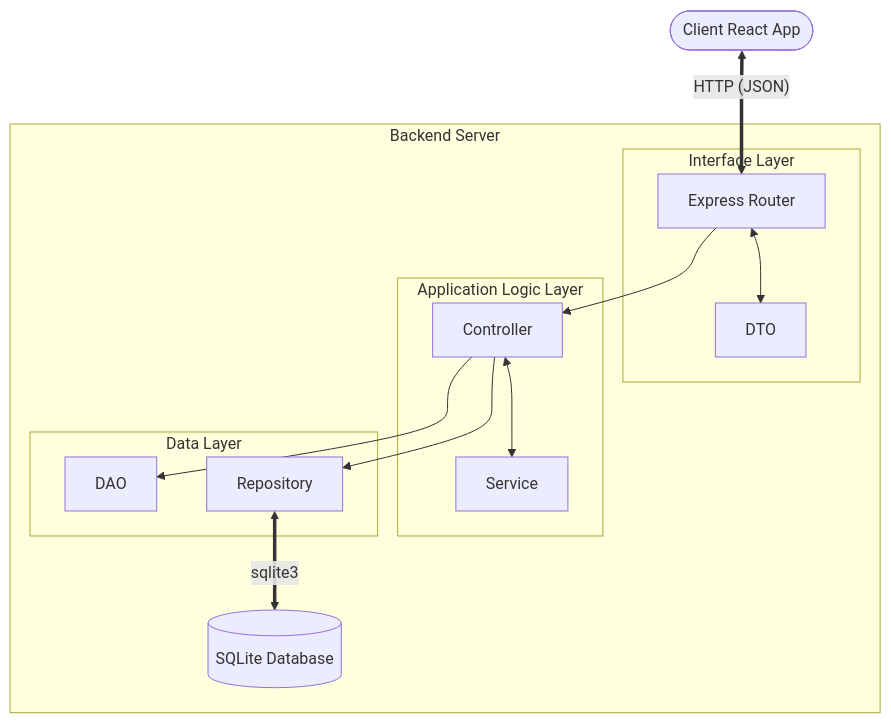
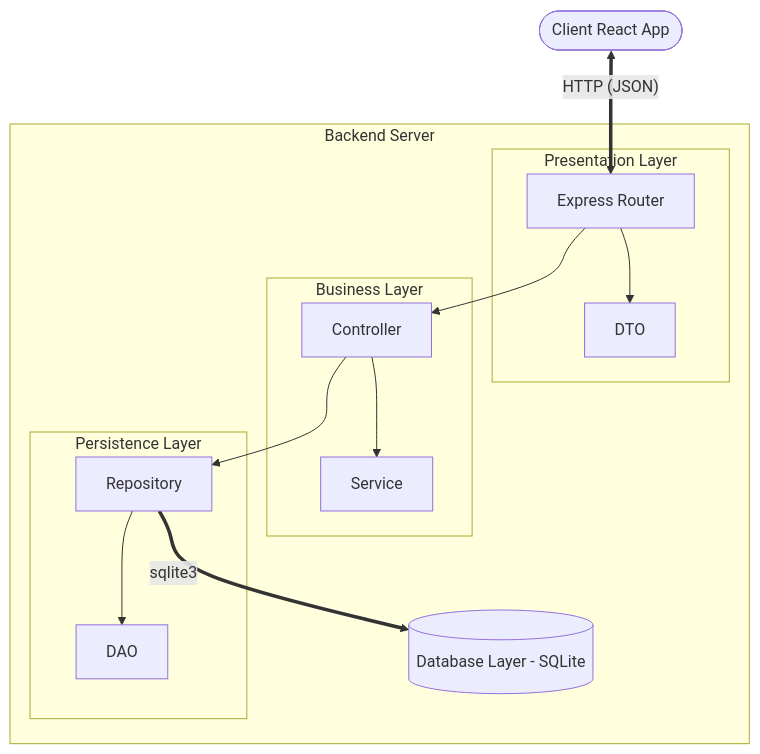
Before and after one commit to polito-WA1-2026-exam/exam-1-last-race-devgfe: the first of 2 diagrams in README.md, drawn with Mermaid. The commit also changed other lines of this file and 4 other files, not shown here.

First line of the commit message:
feat(server): update DB schema, add data, and update APIs

````diff
--- a/README.md
+++ b/README.md
@@ -27,32 +33,32 @@
 ```mermaid
 flowchart TD
     Client([Client React App])
     
     subgraph Server [Backend Server]
-        subgraph Interface [Interface Layer]
+        subgraph Interface [Presentation Layer]
             Router[Express Router]
             DTO[DTO]
         end
 
-        subgraph Logic [Application Logic Layer]
+        subgraph Logic [Business Layer]
             Controller[Controller]
             Service[Service]
         end
 
-        subgraph Data [Data Layer]
+        subgraph Data [Persistence Layer]
             DAO[DAO]
             Repo[Repository]
         end
         
-        Database[(SQLite Database)]
+        Database[(Database Layer - SQLite)]
     end
 
     %% Connections
     Client <== "HTTP (JSON)" ==> Router
-    Router <--> DTO
+    Router --> DTO
     Router --> Controller
-    Controller <--> Service
-    Controller --> DAO
+    Controller --> Service
     Controller --> Repo
-    Repo <== "sqlite3" ==> Database
+    Repo == "sqlite3" ==> Database
+    Repo --> DAO
 ```
````
